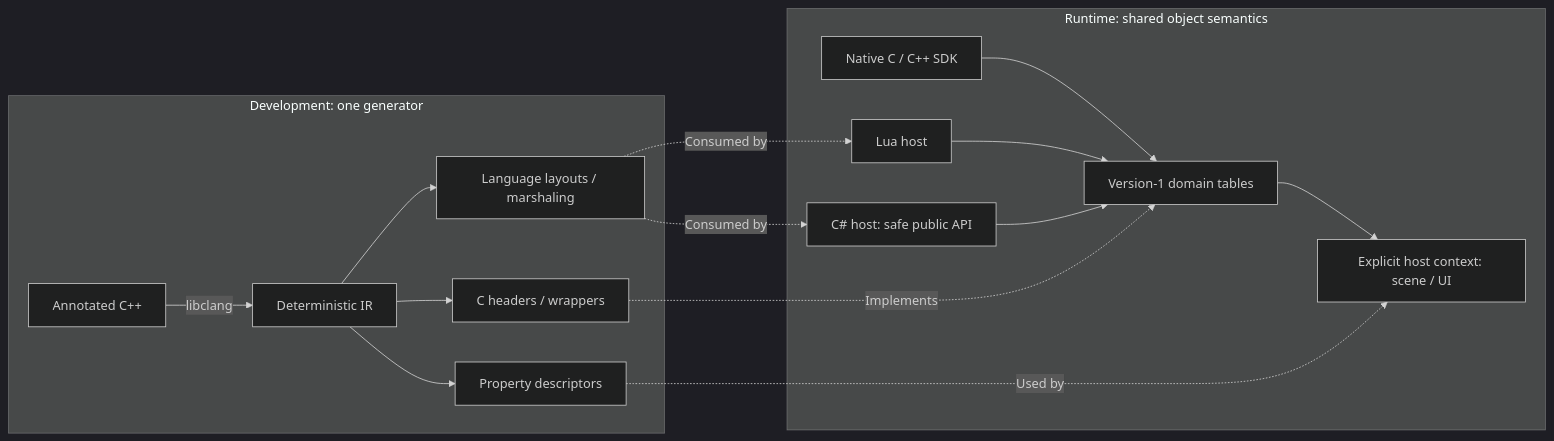
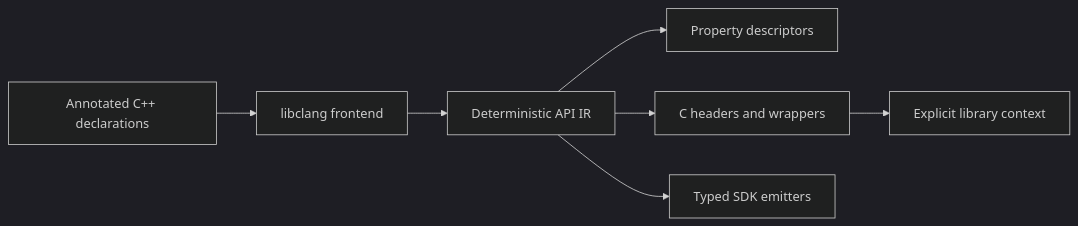
The third of 3 diagrams in docs/architecture.md (zzxzzk115/libvultra), drawn with Mermaid (dark theme) before and after one commit. The commit also changed other lines of this file and 484 other files, not shown here.

Commit message:
refactor: isolate library features and harden render graph contracts

````diff
--- a/docs/architecture.md
+++ b/docs/architecture.md
@@ -241,19 +299,9 @@
 ```mermaid
 flowchart LR
-    subgraph Generation["Development: one generator"]
-        CPP["Annotated C++"] -->|"libclang"| IR["Deterministic IR"]
-        IR --> Properties["Property descriptors"]
-        IR --> Wrappers["C headers / wrappers"]
-        IR --> Values["Language layouts / marshaling"]
-    end
-    subgraph Runtime["Runtime: shared object semantics"]
-        Native["Native C / C++ SDK"] --> ABI["Version-1 domain tables"]
-        Lua["Lua host"] --> ABI
-        Managed["C# host: safe public API"] --> ABI
-        ABI --> Context["Explicit host context: scene / UI"]
-    end
-    Wrappers -. "Implements" .-> ABI
-    Values -. "Consumed by" .-> Lua
-    Values -. "Consumed by" .-> Managed
-    Properties -. "Used by" .-> Context
+    CPP["Annotated C++ declarations"] --> Clang["libclang frontend"]
+    Clang --> IR["Deterministic API IR"]
+    IR --> Properties["Property descriptors"]
+    IR --> ABI["C headers and wrappers"]
+    IR --> SDK["Typed SDK emitters"]
+    ABI --> Context["Explicit library context"]
 ```
````
